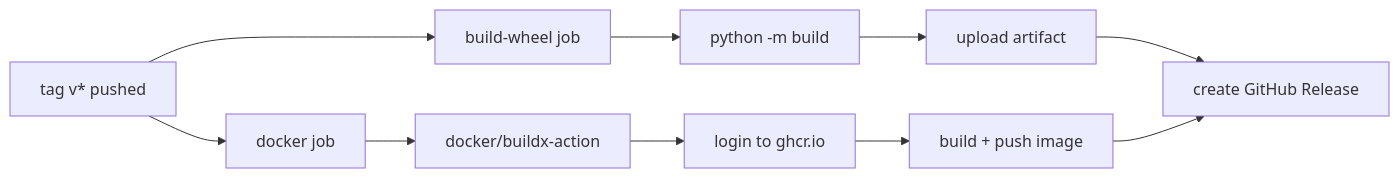
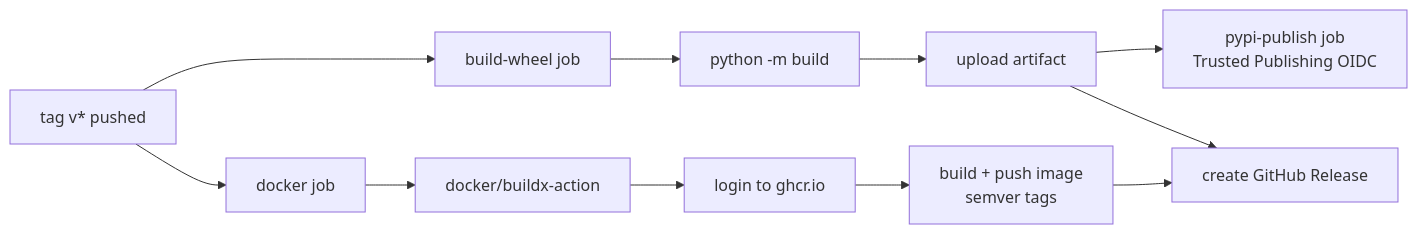
The second of 2 diagrams in docs/deployment.md (Korrnals/jira-tempo-mcp), drawn with Mermaid before and after one commit. The commit also changed other lines of this file and 4 other files, not shown here.

First line of the commit message:
feat(ci): add PyPI publish + semver docker tags + quick start one-liner

````diff
--- a/docs/deployment.md
+++ b/docs/deployment.md
@@ -116,12 +120,13 @@
 ```mermaid
 flowchart LR
     A[tag v* pushed] --> B[build-wheel job]
-    A --> C[docker job]
     B --> D[python -m build]
     D --> E[upload artifact]
+    E --> J[pypi-publish job<br/>Trusted Publishing OIDC]
+    A --> C[docker job]
     C --> F[docker/buildx-action]
     F --> G[login to ghcr.io]
-    G --> H[build + push image]
+    G --> H[build + push image<br/>semver tags]
     E --> I[create GitHub Release]
     H --> I
 ```
````
